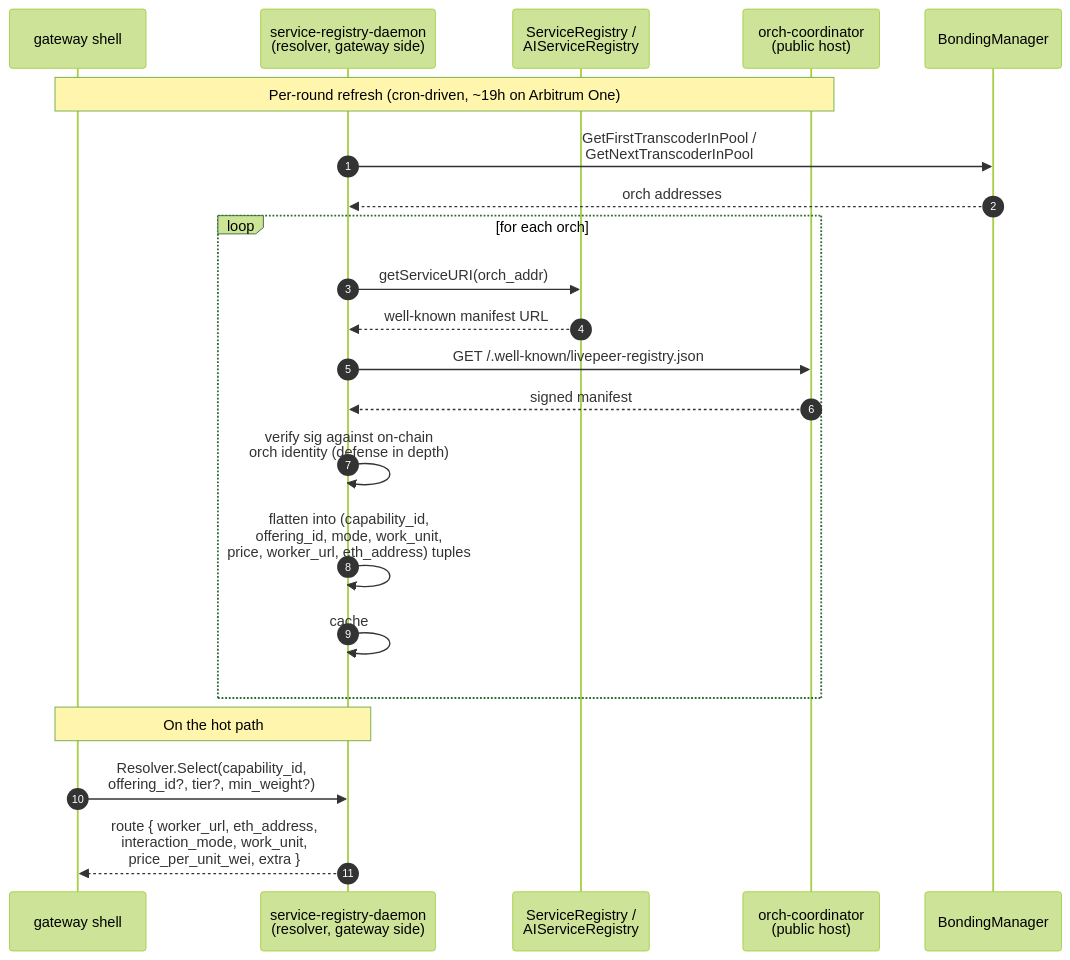
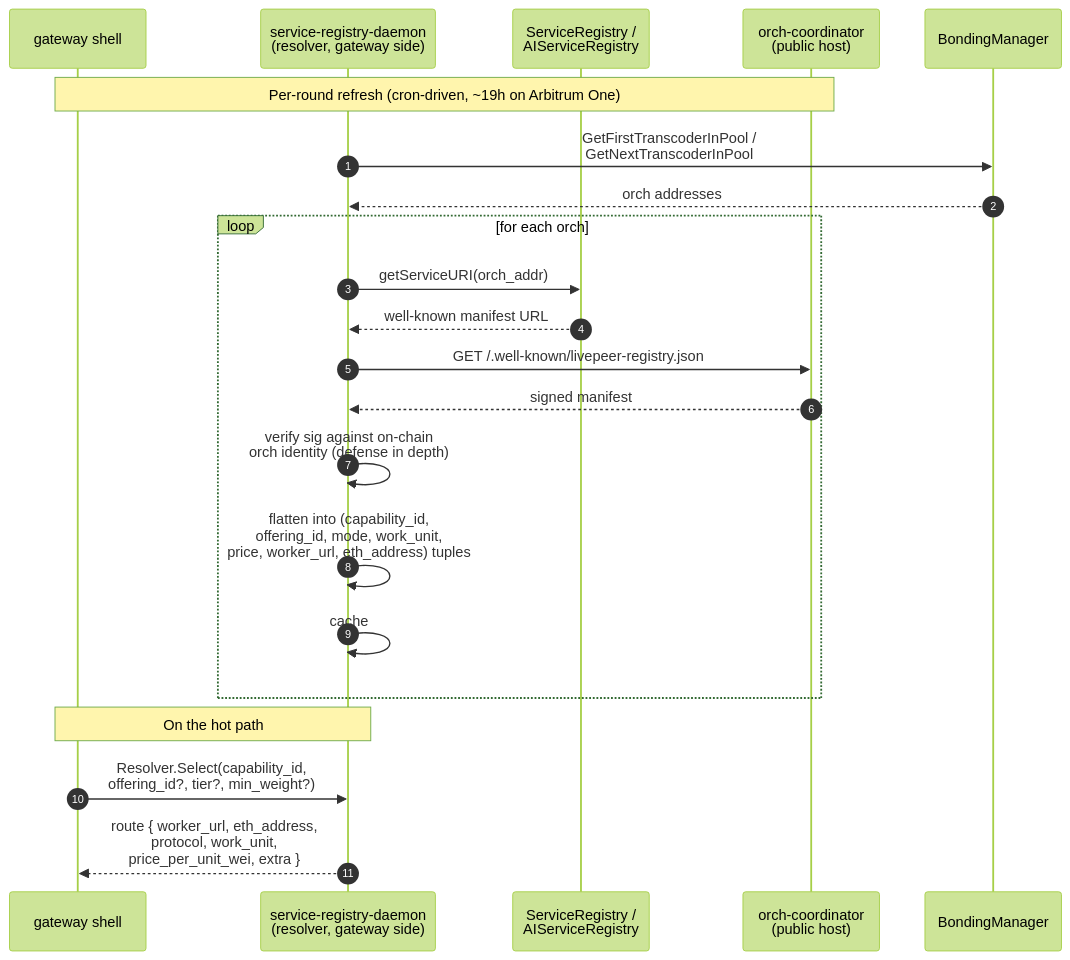
Before and after one commit to Cloud-SPE/livepeer-network-modules: the fourth of 9 diagrams in docs/design-docs/architecture-overview.md, drawn with Mermaid (forest theme). The commit also changed other lines of this file and 5 other files, not shown here.

````diff
--- a/docs/design-docs/architecture-overview.md
+++ b/docs/design-docs/architecture-overview.md
@@ -663,26 +607,26 @@
 ```mermaid
 sequenceDiagram
     autonumber
     participant GW as gateway shell
     participant SRD as service-registry-daemon<br/>(resolver, gateway side)
     participant Chain as ServiceRegistry /<br/>AIServiceRegistry
     participant Coord as orch-coordinator<br/>(public host)
     participant BM as BondingManager
 
     Note over GW,Coord: Per-round refresh (cron-driven, ~19h on Arbitrum One)
     SRD->>BM: GetFirstTranscoderInPool /<br/>GetNextTranscoderInPool
     BM-->>SRD: orch addresses
     loop for each orch
         SRD->>Chain: getServiceURI(orch_addr)
         Chain-->>SRD: well-known manifest URL
         SRD->>Coord: GET /.well-known/livepeer-registry.json
         Coord-->>SRD: signed manifest
         SRD->>SRD: verify sig against on-chain<br/>orch identity (defense in depth)
         SRD->>SRD: flatten into (capability_id,<br/>offering_id, mode, work_unit,<br/>price, worker_url, eth_address) tuples
         SRD->>SRD: cache
     end
 
     Note over GW,SRD: On the hot path
     GW->>SRD: Resolver.Select(capability_id,<br/>offering_id?, tier?, min_weight?)
-    SRD-->>GW: route { worker_url, eth_address,<br/>interaction_mode, work_unit,<br/>price_per_unit_wei, extra }
+    SRD-->>GW: route { worker_url, eth_address,<br/>protocol, work_unit,<br/>price_per_unit_wei, extra }
 ```
````
